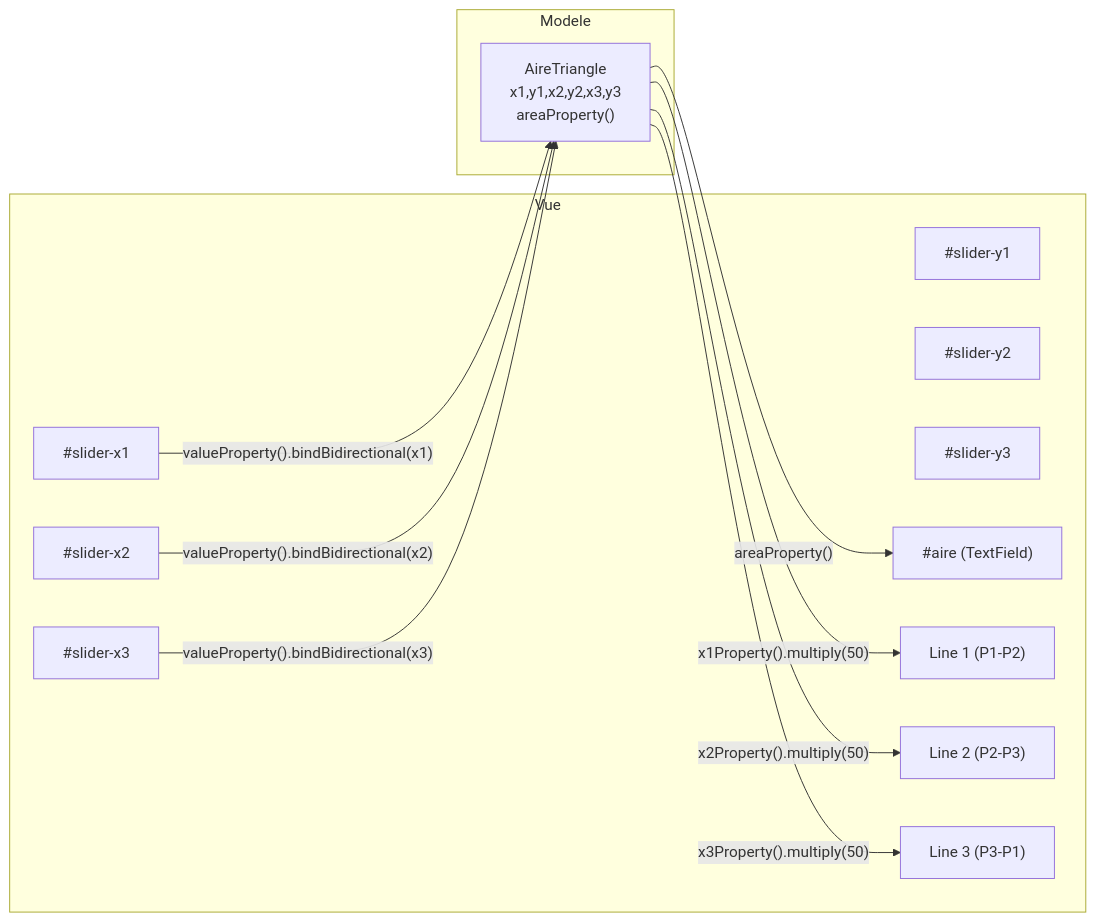
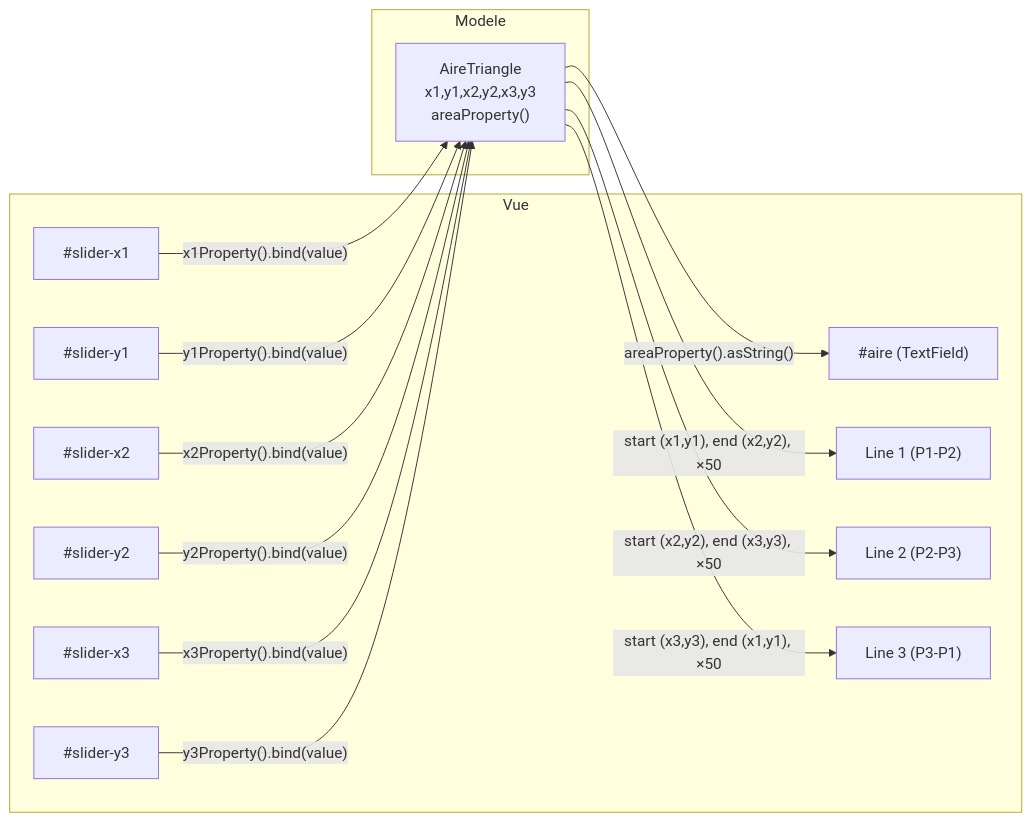
The seventh of 12 diagrams in README.md (IUTInfoAix-R202-2026/tp2-mankaiadamgit), drawn with Mermaid before and after one commit.

Commit message:
chore(infra): synchroniser l'infrastructure depuis le TP de référence
Mise à jour automatique des fichiers d'infrastructure (workflows
GitHub Actions, autograding, devcontainer, configs IDE, helpers,
README, pom.xml). Aucun fichier sous src/ n'a été touché.

Propagé par le workflow sync-students.yml du repo
IUTInfoAix-R203/classroom-sync.

````diff
--- a/README.md
+++ b/README.md
@@ -825,25 +825,28 @@
 ```mermaid
 graph LR
     subgraph Vue
         SX1["#slider-x1"]
         SY1["#slider-y1"]
         SX2["#slider-x2"]
         SY2["#slider-y2"]
         SX3["#slider-x3"]
         SY3["#slider-y3"]
         TF["#aire (TextField)"]
         L1["Line 1 (P1-P2)"]
         L2["Line 2 (P2-P3)"]
         L3["Line 3 (P3-P1)"]
     end
     subgraph Modele
         AT["AireTriangle\nx1,y1,x2,y2,x3,y3\nareaProperty()"]
     end
-    SX1 -- "valueProperty().bindBidirectional(x1)" --> AT
-    SX2 -- "valueProperty().bindBidirectional(x2)" --> AT
-    SX3 -- "valueProperty().bindBidirectional(x3)" --> AT
-    AT -- "areaProperty()" --> TF
-    AT -- "x1Property().multiply(50)" --> L1
-    AT -- "x2Property().multiply(50)" --> L2
-    AT -- "x3Property().multiply(50)" --> L3
+    SX1 -- "x1Property().bind(value)" --> AT
+    SY1 -- "y1Property().bind(value)" --> AT
+    SX2 -- "x2Property().bind(value)" --> AT
+    SY2 -- "y2Property().bind(value)" --> AT
+    SX3 -- "x3Property().bind(value)" --> AT
+    SY3 -- "y3Property().bind(value)" --> AT
+    AT -- "areaProperty().asString()" --> TF
+    AT -- "start (x1,y1), end (x2,y2), ×50" --> L1
+    AT -- "start (x2,y2), end (x3,y3), ×50" --> L2
+    AT -- "start (x3,y3), end (x1,y1), ×50" --> L3
 ```
````
